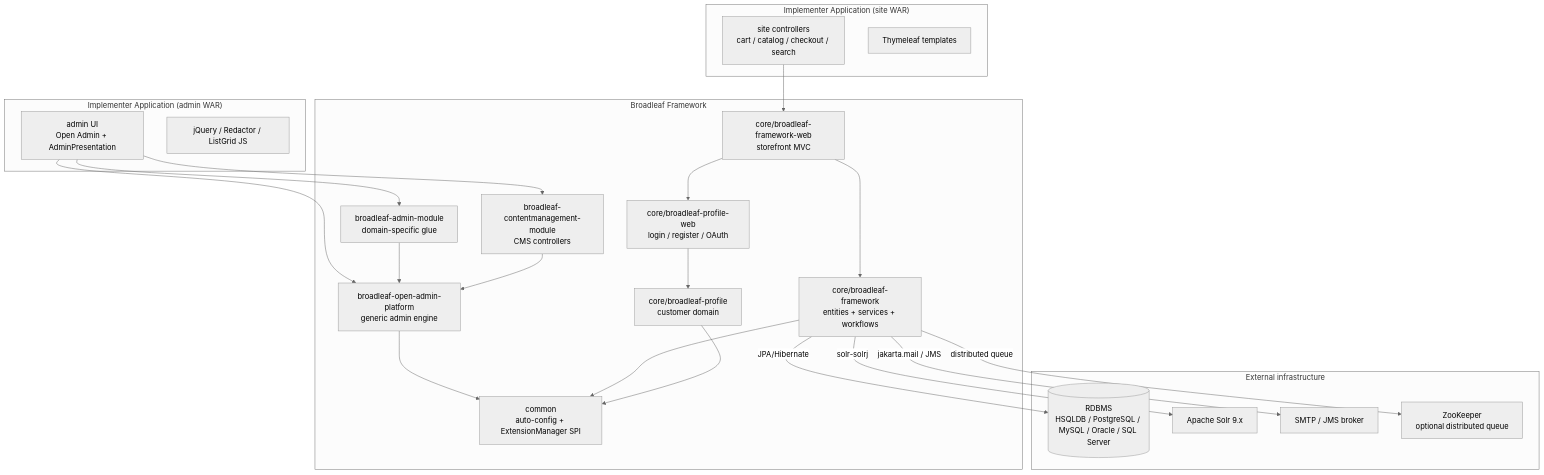
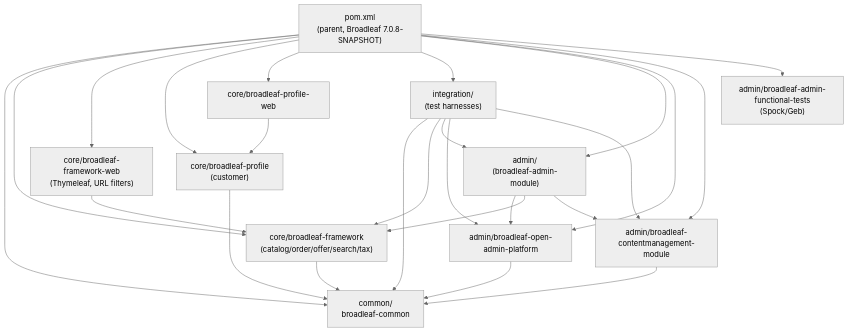
One commit to johrenberger/BroadleafCommerce changed the seventh of 10 diagrams in app-dev-discovery-2026-06-10/2026-06-10-BroadleafCommerce-app-dev-discovery.md. Above: the diagram before and after it, drawn with Mermaid (neutral theme). The commit also changed other lines of this file and 2 other files, not shown here.

First line of the commit message:
docs(architecture): refresh BroadleafCommerce analysis (post-dedup)

````diff
--- a/app-dev-discovery-2026-06-10/2026-06-10-BroadleafCommerce-app-dev-discovery.md
+++ b/app-dev-discovery-2026-06-10/2026-06-10-BroadleafCommerce-app-dev-discovery.md
@@ -392,43 +725,39 @@
 ```mermaid
 graph TB
-    subgraph "Implementer Application (site WAR)"
-        Site[site controllers<br/>cart / catalog / checkout / search]
-        Views[Thymeleaf templates]
-    end
-    subgraph "Implementer Application (admin WAR)"
-        Admin[admin UI<br/>Open Admin + AdminPresentation]
-        AdminJs[jQuery / Redactor / ListGrid JS]
-    end
-    subgraph "Broadleaf Framework"
-        Common[common<br/>auto-config + ExtensionManager SPI]
-        Framework[core/broadleaf-framework<br/>entities + services + workflows]
-        FrameworkWeb[core/broadleaf-framework-web<br/>storefront MVC]
-        Profile[core/broadleaf-profile<br/>customer domain]
-        ProfileWeb[core/broadleaf-profile-web<br/>login / register / OAuth]
-        OpenAdmin[broadleaf-open-admin-platform<br/>generic admin engine]
-        AdminMod[broadleaf-admin-module<br/>domain-specific glue]
-        CmsMod[broadleaf-contentmanagement-module<br/>CMS controllers]
-    end
-    subgraph "External infrastructure"
-        DB[(RDBMS<br/>HSQLDB / PostgreSQL / MySQL / Oracle / SQL Server)]
-        Solr[Apache Solr 9.x]
-        SMTP[SMTP / JMS broker]
-        ZK[ZooKeeper<br/>optional distributed queue]
-    end
-    Site --> FrameworkWeb
-    FrameworkWeb --> Framework
-    FrameworkWeb --> ProfileWeb
-    ProfileWeb --> Profile
-    Admin --> OpenAdmin
-    Admin --> AdminMod
-    Admin --> CmsMod
-    OpenAdmin --> Common
-    AdminMod --> OpenAdmin
-    CmsMod --> OpenAdmin
-    Framework --> Common
-    Profile --> Common
-    Framework -->|JPA/Hibernate| DB
-    Framework -->|solr-solrj| Solr
-    Framework -->|jakarta.mail / JMS| SMTP
-    Framework -->|distributed queue| ZK
+  Root["pom.xml<br/>(parent, Broadleaf 7.0.8-SNAPSHOT)"]
+  Common["common/<br/>broadleaf-common"]
+  Core["core/broadleaf-framework<br/>(catalog/order/offer/search/tax)"]
+  CoreWeb["core/broadleaf-framework-web<br/>(Thymeleaf, URL filters)"]
+  Profile["core/broadleaf-profile<br/>(customer)"]
+  ProfileWeb["core/broadleaf-profile-web"]
+  Integration["integration/<br/>(test harnesses)"]
+  Admin["admin/<br/>(broadleaf-admin-module)"]
+  OpenAdmin["admin/broadleaf-open-admin-platform"]
+  CMS["admin/broadleaf-contentmanagement-module"]
+  AdminTests["admin/broadleaf-admin-functional-tests<br/>(Spock/Geb)"]
+
+  Root --> Common
+  Root --> Core
+  Root --> CoreWeb
+  Root --> Profile
+  Root --> ProfileWeb
+  Root --> Integration
+  Root --> Admin
+  Root --> OpenAdmin
+  Root --> CMS
+  Root --> AdminTests
+  Core --> Common
+  CoreWeb --> Core
+  Profile --> Common
+  ProfileWeb --> Profile
+  Admin --> OpenAdmin
+  Admin --> Core
+  Admin --> CMS
+  OpenAdmin --> Common
+  CMS --> Common
+  Integration --> Common
+  Integration --> Core
+  Integration --> Admin
+  Integration --> OpenAdmin
+  Integration --> CMS
 ```
````
